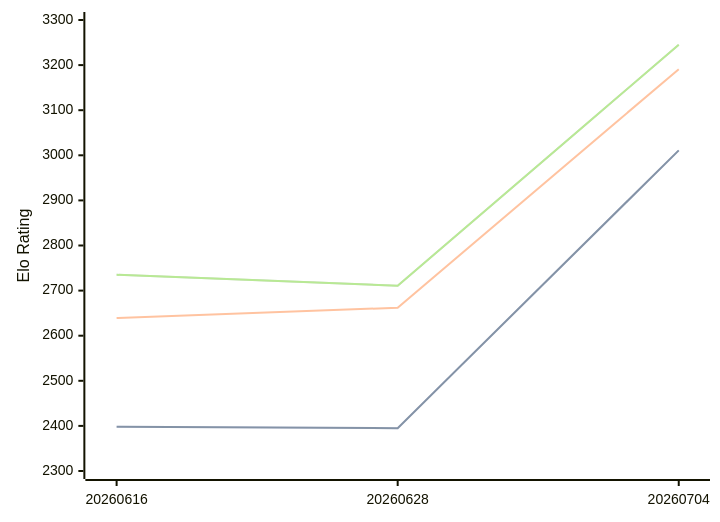
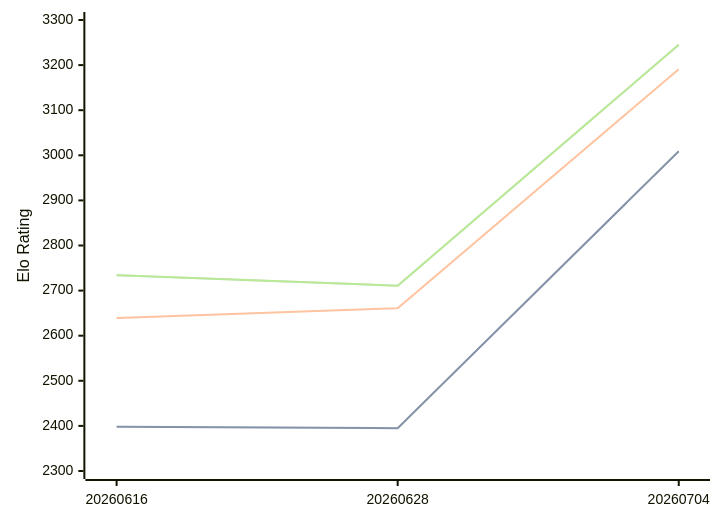
One commit to computer-chess-index/cci changed the diagram in engines/Askaig.md. Above: the diagram before and after it, drawn with Mermaid. The commit also changed other lines of this file, not shown here.

Commit message:
Update CCI Ratings (ELO VLTC) - 2026-08-03

````diff
--- a/engines/Askaig.md
+++ b/engines/Askaig.md
@@ -35,11 +35,11 @@
 ```mermaid
 %%{init: {"theme":"base","themeVariables":{"seriesColors:['#a3a3a3','#222221','#faa371']}}}%%
 xychart-beta
   x-axis ["20260616", "20260628", "20260704"]
   y-axis "Elo Rating" 2300 --> 3300
-  line "STC (8.0+0.08s)" [2398, 2395, 3011]
-  line "STC (8.0+0.08s)" [2398, 2395, 3011]
-  line "LTC (60.0+0.60s)" [2639, 2662, 3191]
-  line "VLTC (2m24s+1.12s)" [2735, 2711, 3245]
-  line "VLTC (2m24s+1.12s)" [2735, 2711, 3245]
+  line "STC (8.0+0.08s)" [2398, 2395, 3009]
+  line "STC (8.0+0.08s)" [2398, 2395, 3009]
+  line "LTC (60.0+0.60s)" [2639, 2661, 3191]
+  line "VLTC (2m24s+1.12s)" [2734, 2711, 3245]
+  line "VLTC (2m24s+1.12s)" [2734, 2711, 3245]
 ```
````
